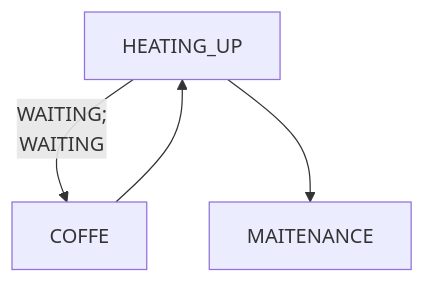
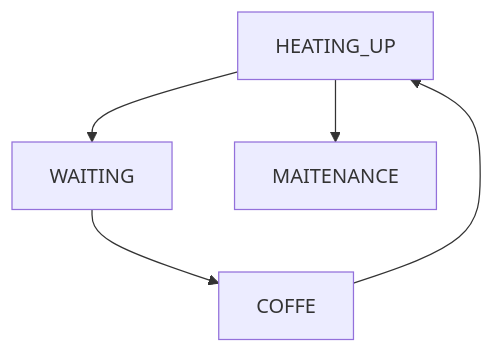
The diagram in README.md (tentone/krups-piccolo-esphome), drawn with Mermaid before and after one commit. The commit also changed other lines of this file and 2 other files, not shown here.

````diff
--- a/README.md
+++ b/README.md
@@ -25,7 +11,7 @@
 ```mermaid
   graph TD;
-      HEATING_UP--WAITING;
+      HEATING_UP-->WAITING;
       WAITING-->COFFE;
       COFFE-->HEATING_UP;
       HEATING_UP-->MAITENANCE
 ```
````
